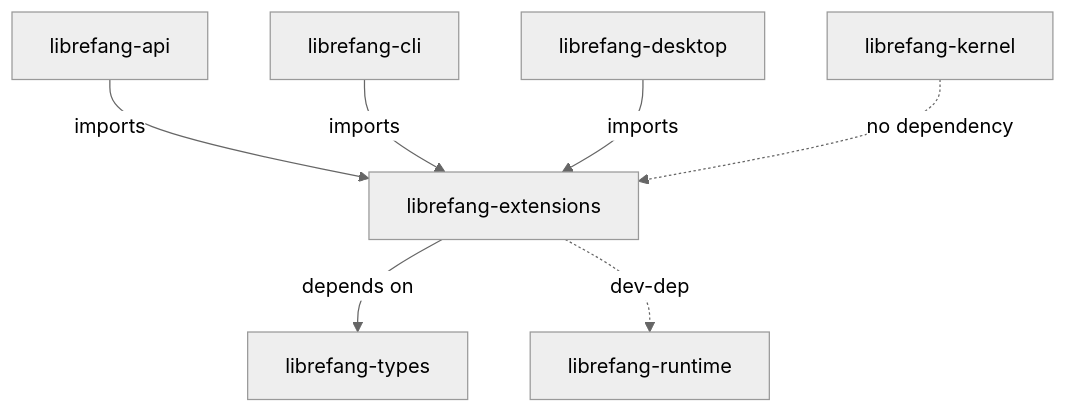
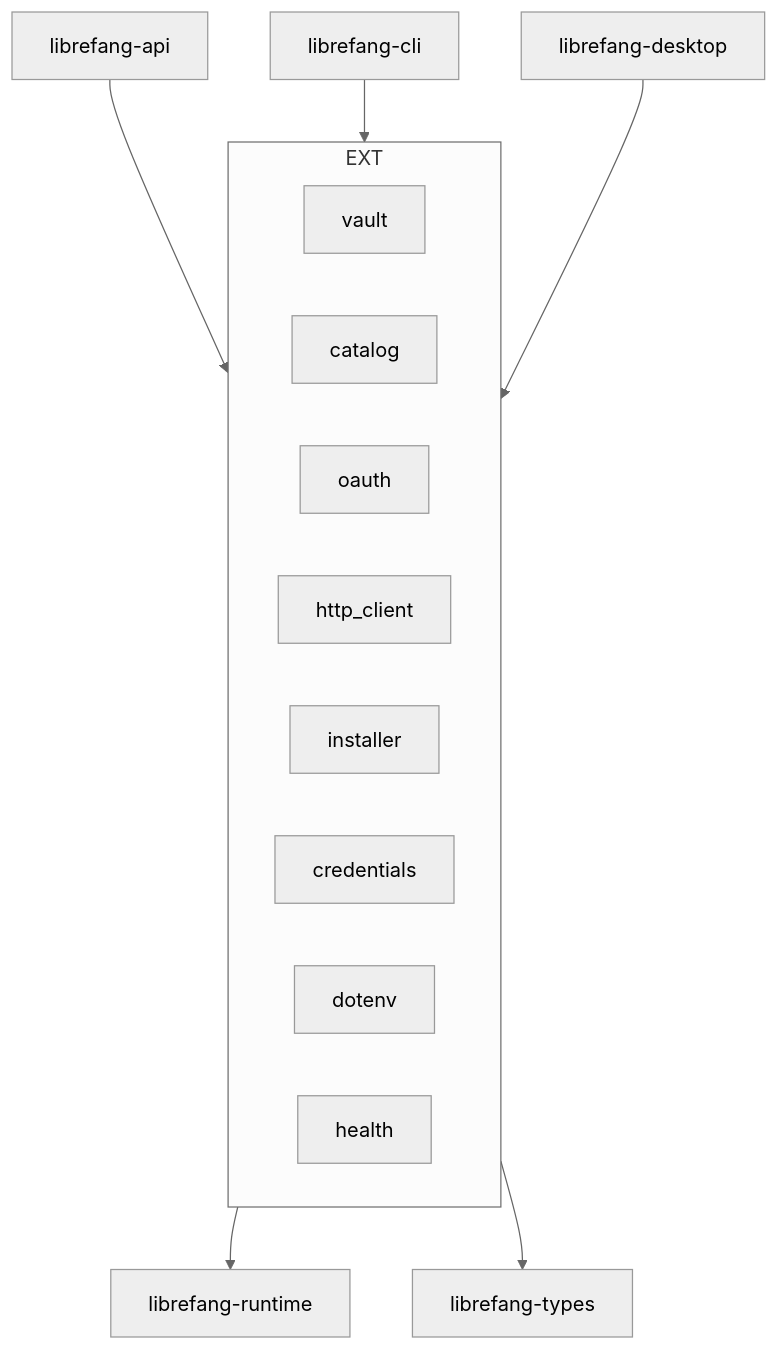
One commit to leszek3737/librefang-WIki changed the diagram in other-librefang-extensions.md. Above: the diagram before and after it, drawn with Mermaid (neutral theme). The commit also changed other lines of this file and 119 other files, not shown here.

````diff
--- a/other-librefang-extensions.md
+++ b/other-librefang-extensions.md
@@ -11,9 +11,19 @@
 ```mermaid
 graph TD
-    API["librefang-api"] -->|imports| EXT["librefang-extensions"]
-    CLI["librefang-cli"] -->|imports| EXT
-    DESK["librefang-desktop"] -->|imports| EXT
-    EXT -->|depends on| TYPES["librefang-types"]
-    EXT -.->|dev-dep| RT["librefang-runtime"]
-    KERNEL["librefang-kernel"] -.->|no dependency| EXT
+    API["librefang-api"] --> EXT
+    CLI["librefang-cli"] --> EXT
+    DESK["librefang-desktop"] --> EXT
+    EXT["librefang-extensions"]
+    EXT --> RT["librefang-runtime"]
+    EXT --> TY["librefang-types"]
+    subgraph EXT
+        V[vault]
+        C[catalog]
+        O[oauth]
+        HC[http_client]
+        I[installer]
+        CR[credentials]
+        DT[dotenv]
+        H[health]
+    end
 ```
````
